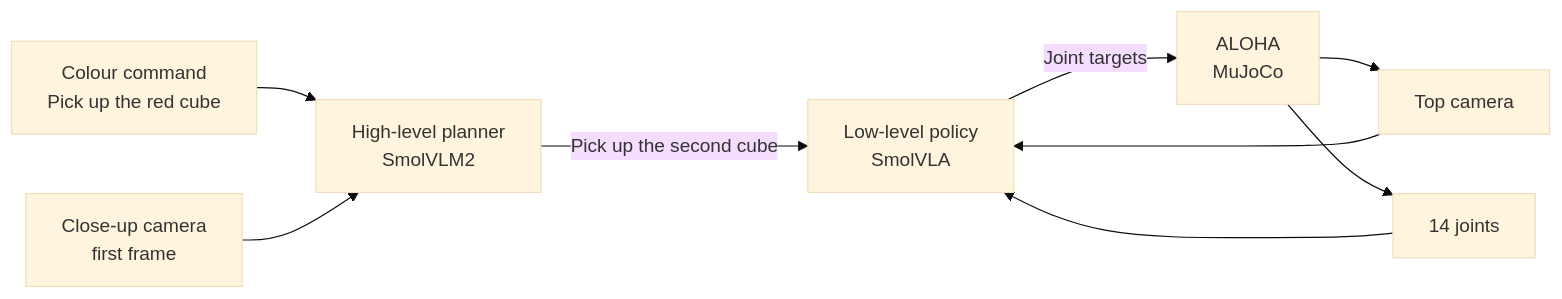
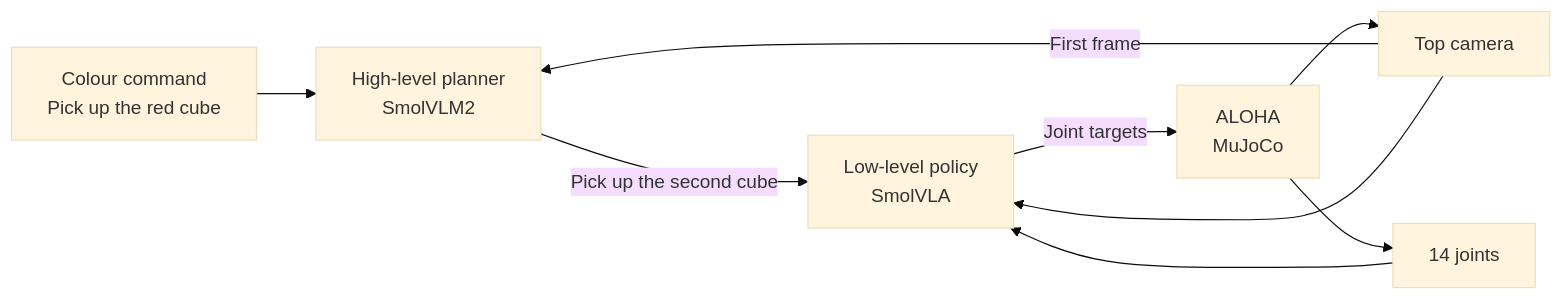
The diagram in README_EN.md (kmikesierra01/AlohaVla), drawn with Mermaid (base theme) before and after one commit. The commit also changed other lines of this file and 6 other files, not shown here.

First line of the commit message:
Top camera only, planner learns orange as "yellow": 94.0% -> 99.0%

````diff
--- a/README_EN.md
+++ b/README_EN.md
@@ -75,11 +76,11 @@
 ```mermaid
 flowchart LR
     CMD["Colour command<br/>Pick up the red cube"] --> PLAN["High-level planner<br/>SmolVLM2"]
-    ZOOM["Close-up camera<br/>first frame"] --> PLAN
+    TOP -->|"First frame"| PLAN
     PLAN -->|"Pick up the second cube"| POL["Low-level policy<br/>SmolVLA"]
     TOP["Top camera"] --> POL
     JS["14 joints"] --> POL
     POL -->|"Joint targets"| SIM["ALOHA<br/>MuJoCo"]
     SIM --> TOP
     SIM --> JS
 ```
````
